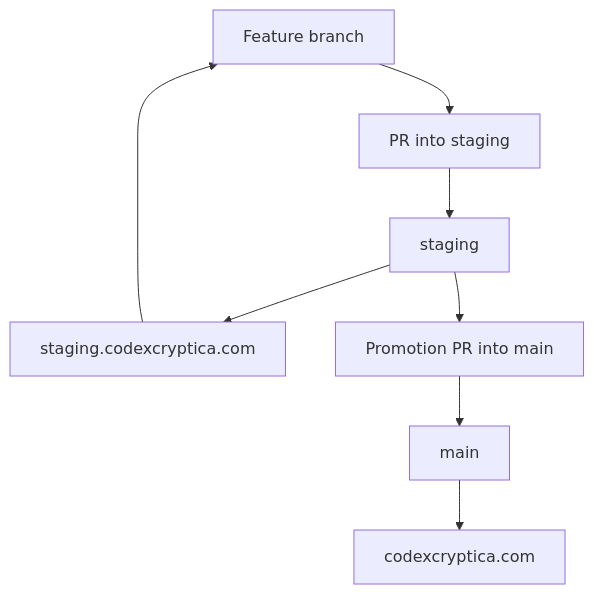
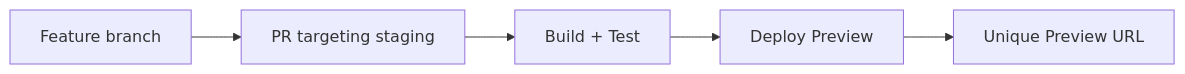
One commit to eserlan/Codex-Cryptica changed the first of 2 diagrams in docs/CI_DEPLOYMENT.md. Above: the diagram before and after it, drawn with Mermaid. The commit also changed other lines of this file and 113 other files, not shown here.

````diff
--- a/docs/CI_DEPLOYMENT.md
+++ b/docs/CI_DEPLOYMENT.md
@@ -41,10 +16,7 @@
 ```mermaid
-flowchart TD
-  A[Feature branch] --> B[PR into staging]
-  B --> C[staging]
-  C --> D[staging.codexcryptica.com]
-  C --> E[Promotion PR into main]
-  E --> F[main]
-  F --> G[codexcryptica.com]
-  D --> A
+flowchart LR
+  A[Feature branch] --> B[PR targeting staging]
+  B --> C[Build + Test]
+  C --> D[Deploy Preview]
+  D --> E[Unique Preview URL]
 ```
````
